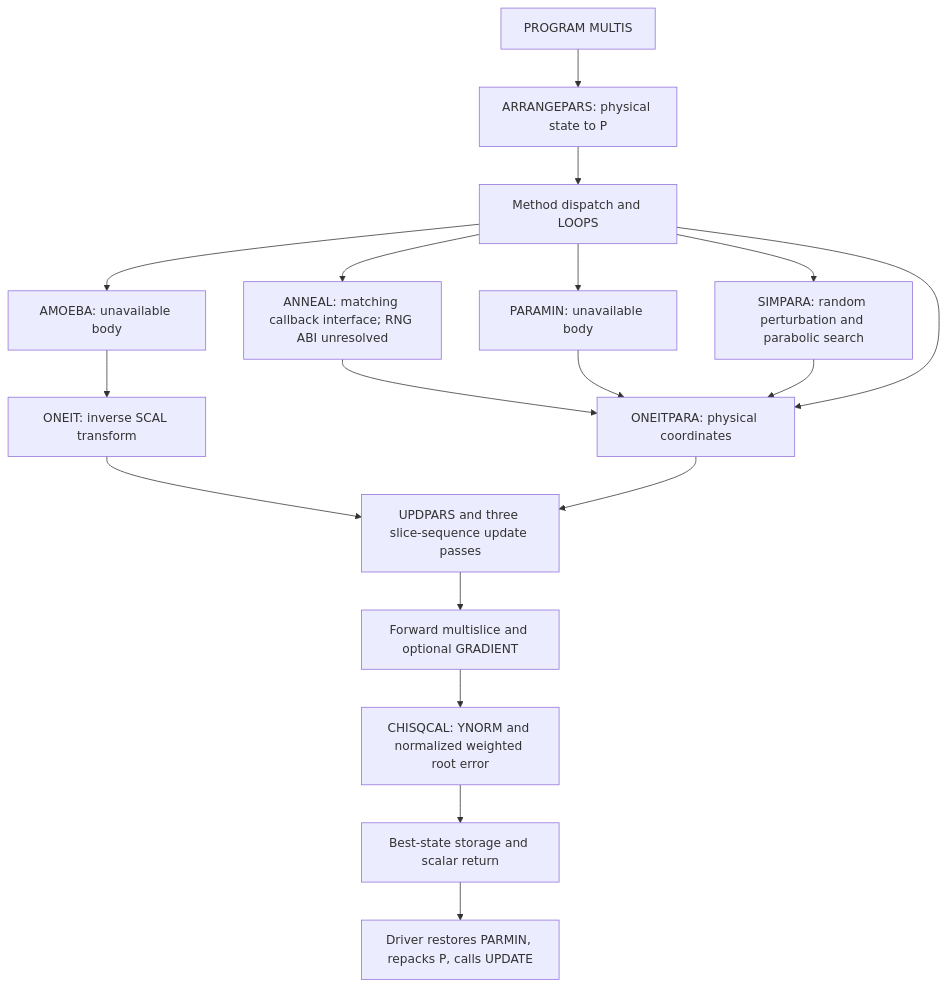
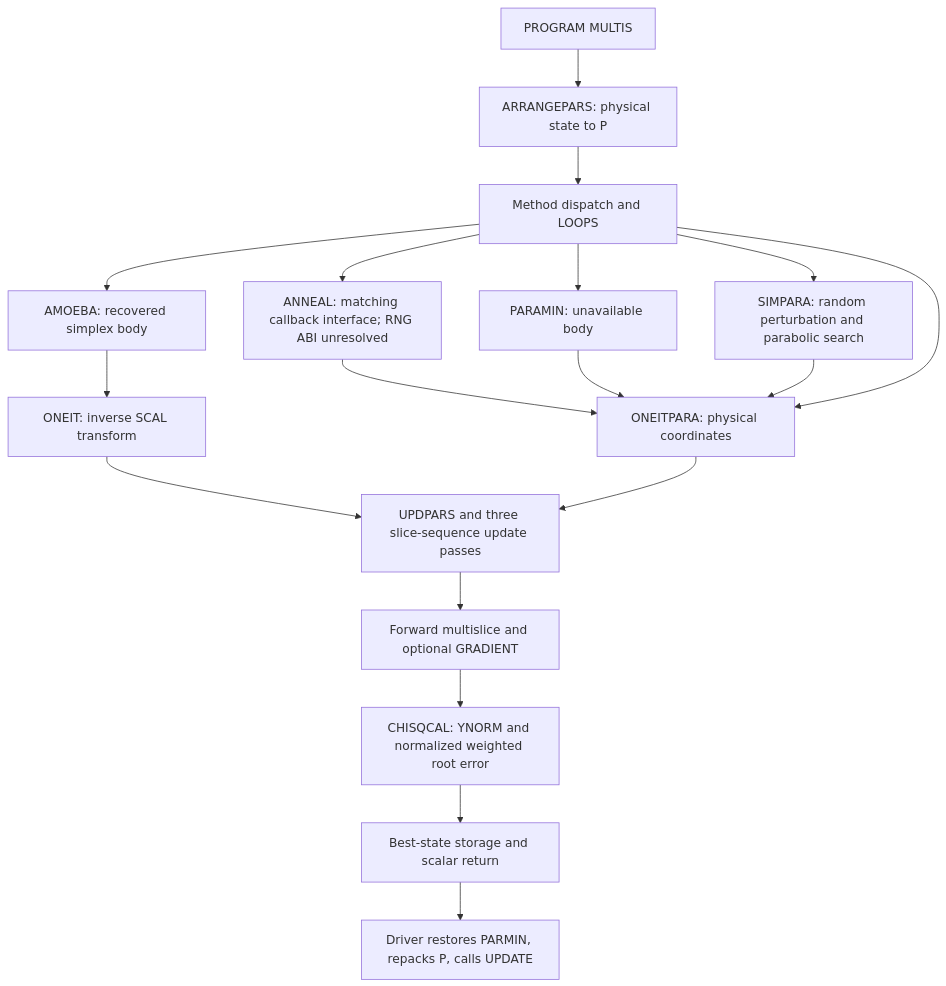
Before and after one commit to dingpengem/QCBED: the diagram in docs/optimizer_architecture.md, drawn with Mermaid. The commit also changed other lines of this file and 5 other files, not shown here.

````diff
--- a/docs/optimizer_architecture.md
+++ b/docs/optimizer_architecture.md
@@ -38,20 +38,20 @@
 ```mermaid
 flowchart TD
     D[PROGRAM MULTIS] --> PACK[ARRANGEPARS: physical state to P]
     PACK --> SELECT[Method dispatch and LOOPS]
     SELECT --> AN[ANNEAL: matching callback interface; RNG ABI unresolved]
-    SELECT --> AM[AMOEBA: unavailable body]
+    SELECT --> AM[AMOEBA: recovered simplex body]
     SELECT --> PA[PARAMIN: unavailable body]
     SELECT --> SP[SIMPARA: random perturbation and parabolic search]
     AM --> O[ONEIT: inverse SCAL transform]
     AN --> OP[ONEITPARA: physical coordinates]
     PA --> OP
     SP --> OP
     SELECT --> OP
     O --> U[UPDPARS and three slice-sequence update passes]
     OP --> U
     U --> F[Forward multislice and optional GRADIENT]
     F --> Q[CHISQCAL: YNORM and normalized weighted root error]
     Q --> B[Best-state storage and scalar return]
     B --> RE[Driver restores PARMIN, repacks P, calls UPDATE]
 ```
````
